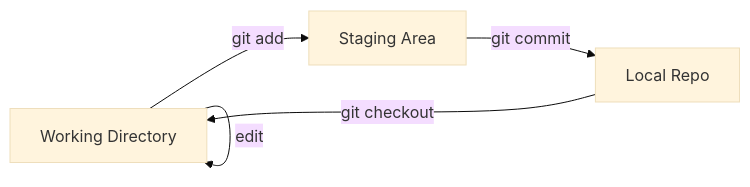
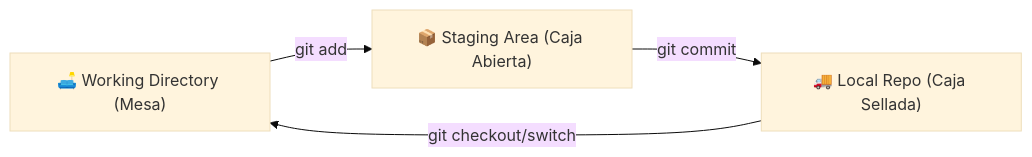
The diagram in Curso/02-Instalacion/README.md (ByChokeYT/Curso_de_Git_GitHub), drawn with Mermaid (base theme) before and after one commit. The commit also changed other lines of this file and 25 other files, not shown here.

````diff
--- a/Curso/02-Instalacion/README.md
+++ b/Curso/02-Instalacion/README.md
@@ -25,7 +29,6 @@
 ```mermaid
 graph LR
-    WD[Working Directory] -- git add --> SA[Staging Area]
-    SA -- git commit --> LR[Local Repo]
-    LR -- git checkout --> WD
-    WD -- edit --> WD
+    Mesa["🛋️ Working Directory (Mesa)"] -->|git add| Caja["📦 Staging Area (Caja Abierta)"]
+    Caja -->|git commit| Correo["🚚 Local Repo (Caja Sellada)"]
+    Correo -->|git checkout/switch| Mesa
 ```
````
